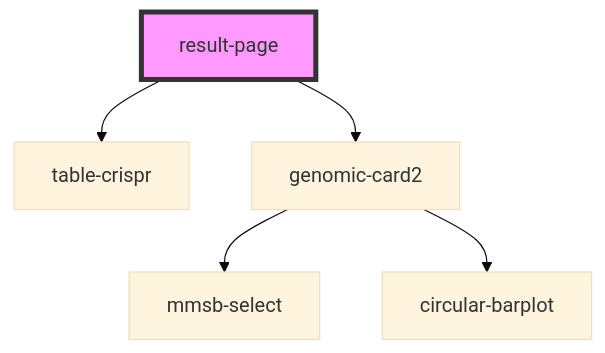
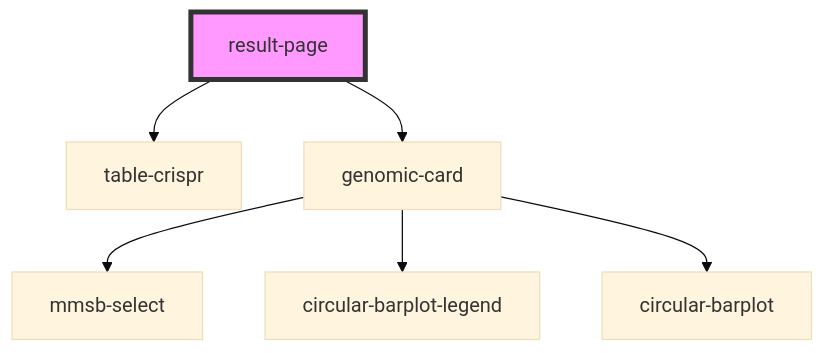
The diagram in src/components/result-page/readme.md (MMSB-MOBI/result_page_crispr), drawn with Mermaid (base theme) before and after one commit. The commit also changed other lines of this file and 7 other files, not shown here.

````diff
--- a/src/components/result-page/readme.md
+++ b/src/components/result-page/readme.md
@@ -27,8 +27,9 @@
 ```mermaid
 graph TD;
   result-page --> table-crispr
-  result-page --> genomic-card2
-  genomic-card2 --> mmsb-select
-  genomic-card2 --> circular-barplot
+  result-page --> genomic-card
+  genomic-card --> mmsb-select
+  genomic-card --> circular-barplot-legend
+  genomic-card --> circular-barplot
   style result-page fill:#f9f,stroke:#333,stroke-width:4px
 ```
````
